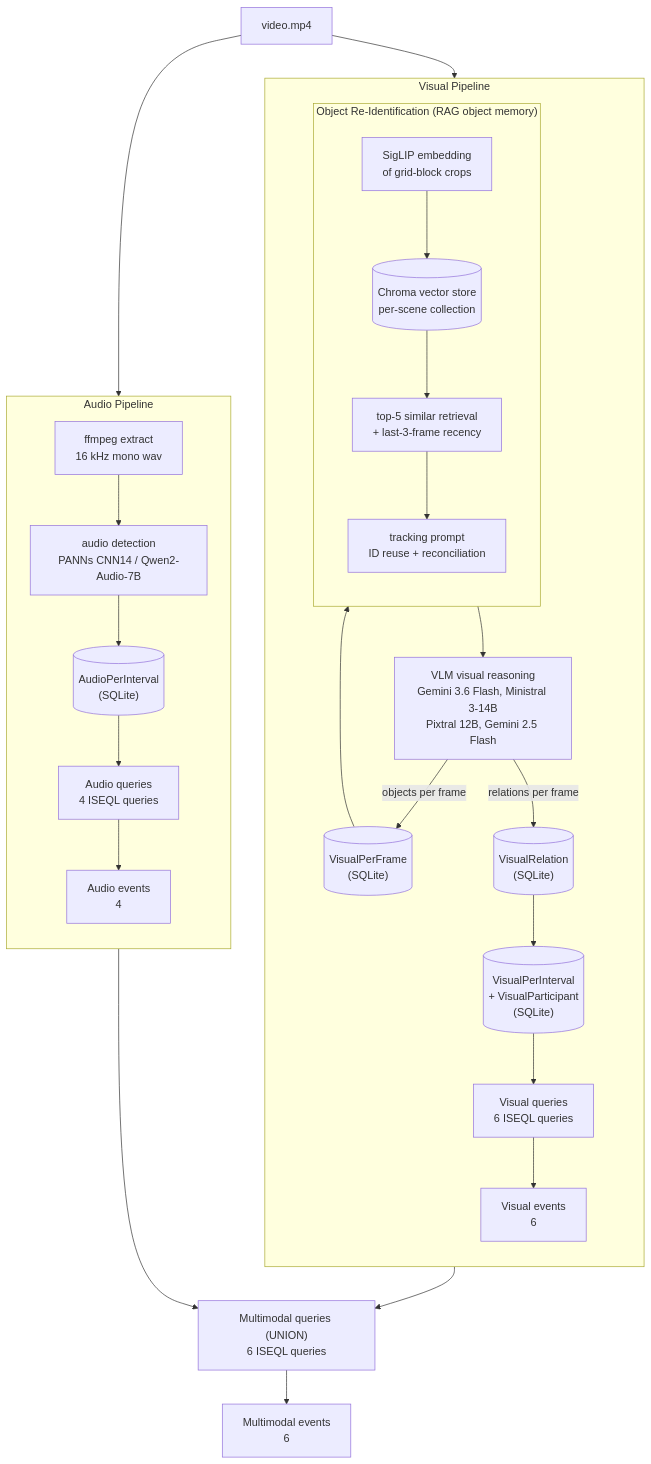
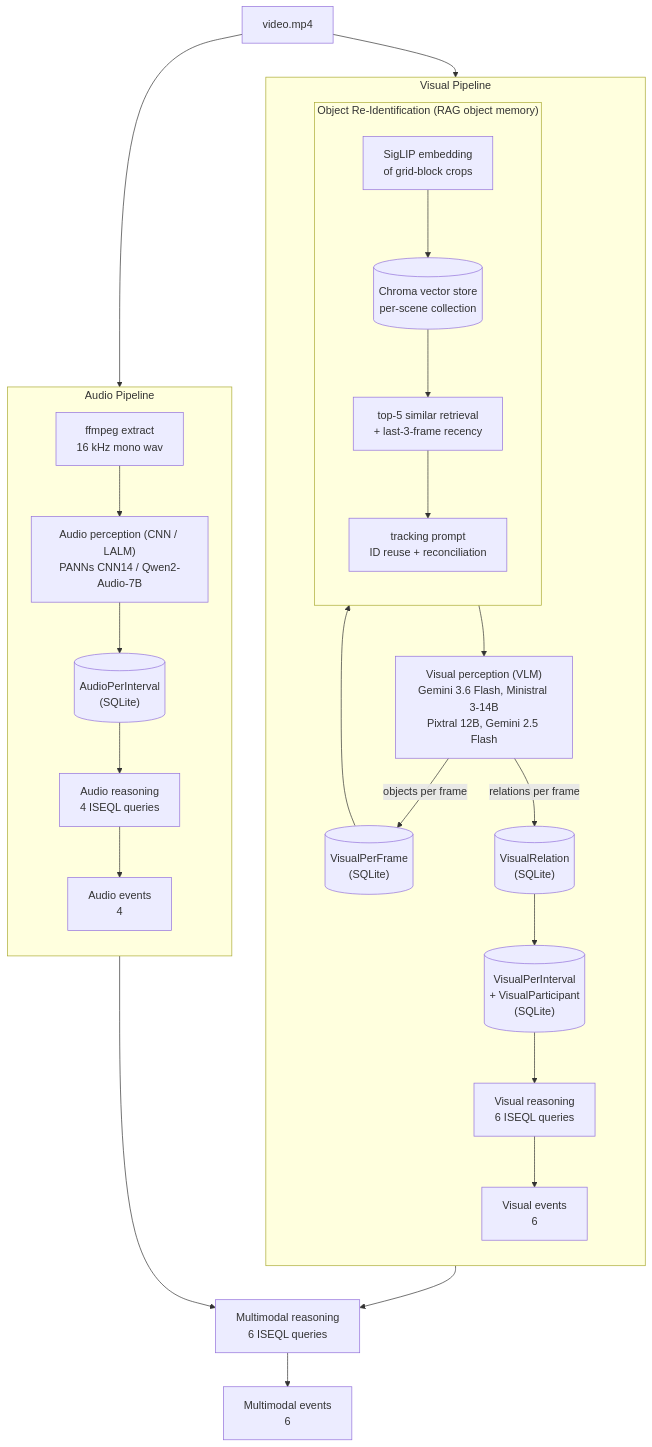
Before and after one commit to ghiffaryr/multimodal-surveillance-iseql: the diagram in README.md, drawn with Mermaid. The commit also changed 2 other files, not shown here.

Commit message:
docs: sync pipeline labels and dataset slide with thesis

````diff
--- a/README.md
+++ b/README.md
@@ -44,43 +44,43 @@
 ```mermaid
 flowchart TB
     VIDEO["video.mp4"]
 
     subgraph VIS["Visual Pipeline"]
         direction TB
-        VLM["VLM visual reasoning<br/>Gemini 3.6 Flash, Ministral 3-14B<br/>Pixtral 12B, Gemini 2.5 Flash"]
+        VLM["Visual perception (VLM)<br/>Gemini 3.6 Flash, Ministral 3-14B<br/>Pixtral 12B, Gemini 2.5 Flash"]
         VPF[("VisualPerFrame<br/>(SQLite)")]
         VREL[("VisualRelation<br/>(SQLite)")]
         subgraph REID["Object Re-Identification (RAG object memory)"]
             direction TB
             EMB["SigLIP embedding<br/>of grid-block crops"]
             CHROMA[("Chroma vector store<br/>per-scene collection")]
             RET["top-5 similar retrieval<br/>+ last-3-frame recency"]
             TRACK["tracking prompt<br/>ID reuse + reconciliation"]
             EMB --> CHROMA --> RET --> TRACK
         end
         VINT[("VisualPerInterval<br/>+ VisualParticipant<br/>(SQLite)")]
-        QA["Visual queries<br/>6 ISEQL queries"]
+        QA["Visual reasoning<br/>6 ISEQL queries"]
         EVA["Visual events<br/>6"]
         VLM -->|objects per frame| VPF
         VLM -->|relations per frame| VREL
         VPF --> EMB
         TRACK --> VLM
         VREL --> VINT --> QA --> EVA
     end
 
     subgraph AUD2["Audio Pipeline"]
         direction TB
         FF["ffmpeg extract<br/>16 kHz mono wav"]
-        AUD["audio detection<br/>PANNs CNN14 / Qwen2-Audio-7B"]
+        AUD["Audio perception (CNN / LALM)<br/>PANNs CNN14 / Qwen2-Audio-7B"]
         AINT[("AudioPerInterval<br/>(SQLite)")]
-        QB["Audio queries<br/>4 ISEQL queries"]
+        QB["Audio reasoning<br/>4 ISEQL queries"]
         EVB["Audio events<br/>4"]
         FF --> AUD --> AINT --> QB --> EVB
     end
 
     VIDEO --> VLM
     VIDEO --> FF
 
-    QA & QB --> UNIONC["Multimodal queries (UNION)<br/>6 ISEQL queries"]
+    QA & QB --> UNIONC["Multimodal reasoning<br/>6 ISEQL queries"]
     UNIONC --> EVC["Multimodal events<br/>6"]
 ```
````
